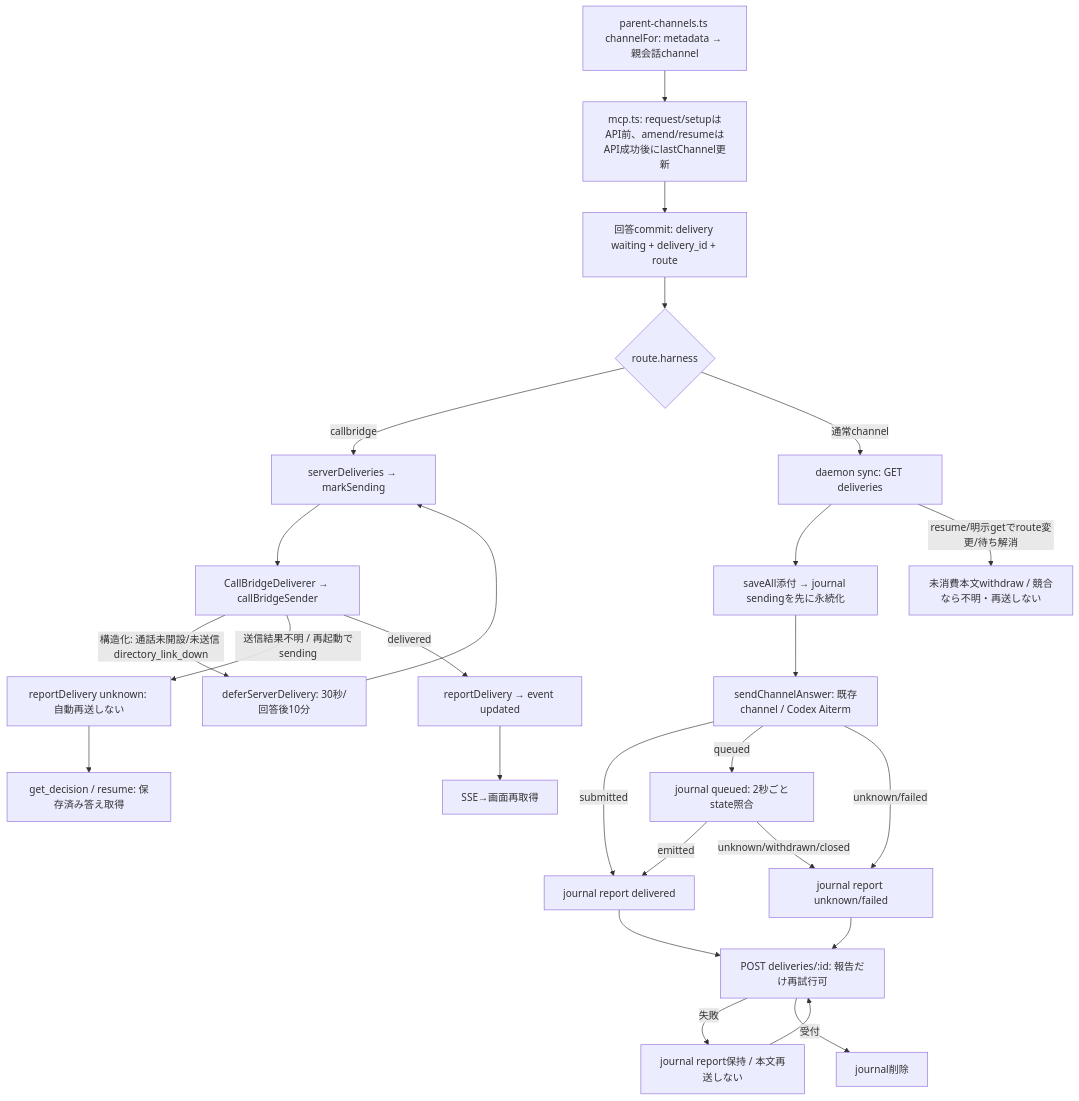
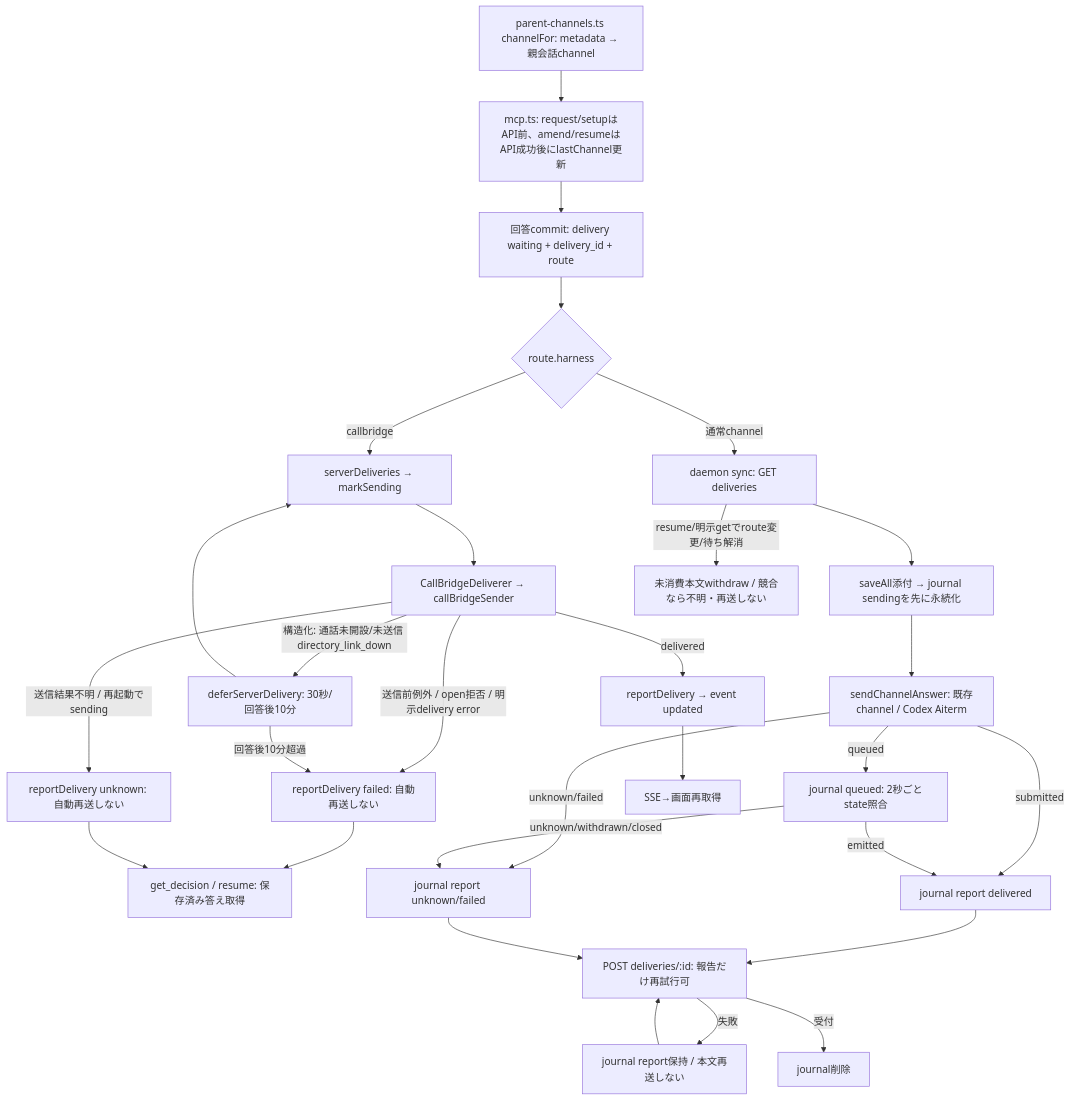
Before and after one commit to kitepon/approval-box: the diagram in docs/refactoring/final/delivery.mmd, drawn with Mermaid. The commit also changed 35 other files, not shown here.

```diff
--- a/docs/refactoring/final/delivery.mmd
+++ b/docs/refactoring/final/delivery.mmd
@@ -1,27 +1,30 @@
 flowchart TD
  SAVED["回答commit: delivery waiting + delivery_id + route"] --> LOCAL{"route.harness"}
  LOCAL -->|callbridge| CB["serverDeliveries → markSending"]
  CB --> SEND["CallBridgeDeliverer → callBridgeSender"]
  SEND -->|構造化: 通話未開設/未送信 directory_link_down| RETRY["deferServerDelivery: 30秒/回答後10分"]
  RETRY --> CB
  SEND -->|送信結果不明 / 再起動でsending| UNKNOWN["reportDelivery unknown: 自動再送しない"]
+ SEND -->|送信前例外 / open拒否 / 明示delivery error| FAILED["reportDelivery failed: 自動再送しない"]
+ RETRY -->|回答後10分超過| FAILED
+ FAILED --> GET
  SEND -->|delivered| REPORT["reportDelivery → event updated"]
  LOCAL -->|通常channel| FETCH["daemon sync: GET deliveries"]
  FETCH --> PREP["saveAll添付 → journal sendingを先に永続化"]
  PREP --> ADAPTER["sendChannelAnswer: 既存channel / Codex Aiterm"]
  ADAPTER -->|submitted| SUCCESS["journal report delivered"]
  ADAPTER -->|queued| QUEUE["journal queued: 2秒ごとstate照合"]
  ADAPTER -->|unknown/failed| FAILURE["journal report unknown/failed"]
  QUEUE -->|emitted| SUCCESS
  QUEUE -->|unknown/withdrawn/closed| FAILURE
  SUCCESS --> RPT["POST deliveries/:id: 報告だけ再試行可"]
  FAILURE --> RPT
  RPT -->|失敗| KEEP["journal report保持 / 本文再送しない"]
  KEEP --> RPT
  RPT -->|受付| CLEAR["journal削除"]
  FETCH -->|resume/明示getでroute変更/待ち解消| WITHDRAW["未消費本文withdraw / 競合なら不明・再送しない"]
  UNKNOWN --> GET["get_decision / resume: 保存済み答え取得"]
  REPORT --> UI["SSE→画面再取得"]
 
  PARENT["parent-channels.ts channelFor: metadata → 親会話channel"] --> ROUTE["mcp.ts: request/setupはAPI前、amend/resumeはAPI成功後にlastChannel更新"]
  ROUTE --> SAVED
```
